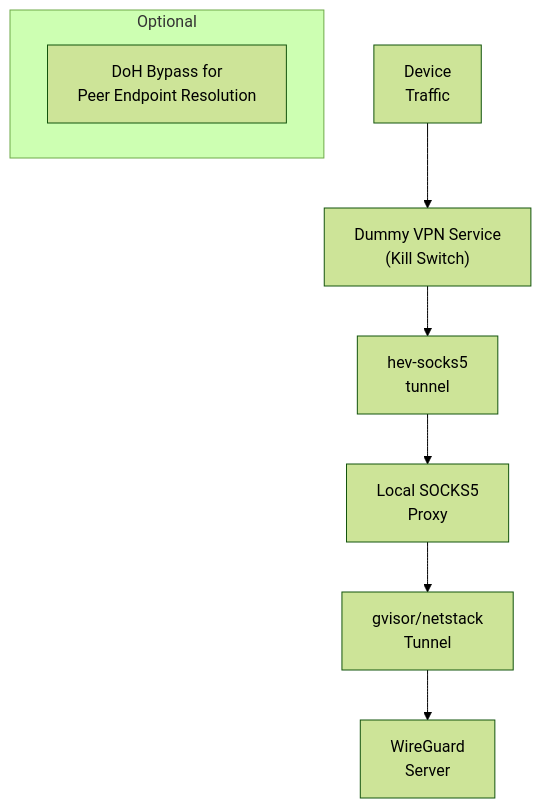
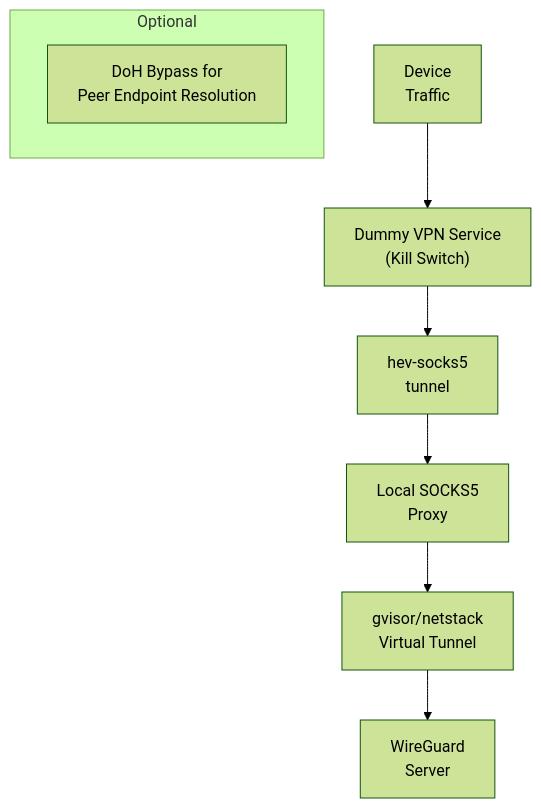
One commit to wgtunnel/website changed the second of 2 diagrams in docs/settings/settings.mdx. Above: the diagram before and after it, drawn with Mermaid (forest theme). The commit also changed 1 other file, not shown here.

Commit message:
docs: update faq, tasker

````diff
--- a/docs/settings/settings.mdx
+++ b/docs/settings/settings.mdx
@@ -45,12 +45,12 @@
 ```mermaid
 flowchart TB
     A["Device<br>Traffic"] --> B["Dummy VPN Service<br>(Kill Switch)"]
     B --> C["hev-socks5<br>tunnel"]
     C --> D["Local SOCKS5<br>Proxy"]
-    D --> E["gvisor/netstack<br>Tunnel"]
+    D --> E["gvisor/netstack<br> Virtual Tunnel"]
     E --> F["WireGuard<br>Server"]
     
     subgraph Optional
         G["DoH Bypass for<br>Peer Endpoint Resolution"]
     end
 ```
````
